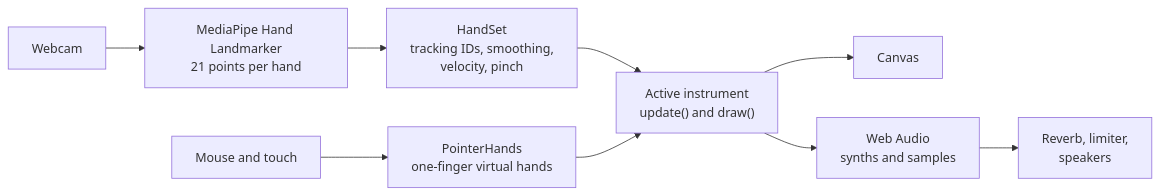
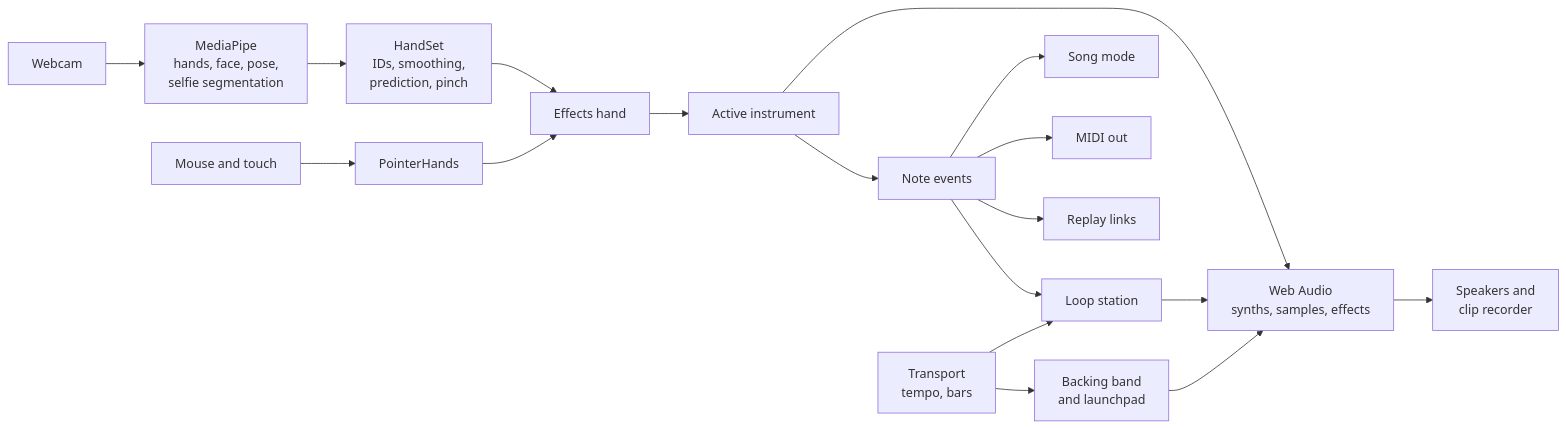
One commit to khjabir/virtual-music changed the diagram in README.md. Above: the diagram before and after it, drawn with Mermaid. The commit also changed other lines of this file and 57 other files, not shown here.

First line of the commit message:
:sparkles: band, song mode, clip sharing, violin, launchpad and more

````diff
--- a/README.md
+++ b/README.md
@@ -164,11 +248,20 @@
 ```mermaid
 flowchart LR
-    cam["Webcam"] --> mp["MediaPipe Hand Landmarker<br/>21 points per hand"]
-    mp --> hs["HandSet<br/>tracking IDs, smoothing,<br/>velocity, pinch"]
-    ptr["Mouse and touch"] --> ph["PointerHands<br/>one-finger virtual hands"]
-    hs --> inst["Active instrument<br/>update() and draw()"]
-    ph --> inst
-    inst --> canvas["Canvas"]
-    inst --> audio["Web Audio<br/>synths and samples"]
-    audio --> out["Reverb, limiter,<br/>speakers"]
+    cam["Webcam"] --> mp["MediaPipe<br/>hands, face, pose,<br/>selfie segmentation"]
+    mp --> hs["HandSet<br/>IDs, smoothing,<br/>prediction, pinch"]
+    ptr["Mouse and touch"] --> ph["PointerHands"]
+    hs --> fx["Effects hand"]
+    ph --> fx
+    fx --> inst["Active instrument"]
+    inst --> bus["Note events"]
+    bus --> loop["Loop station"]
+    bus --> game["Song mode"]
+    bus --> midi["MIDI out"]
+    bus --> rep["Replay links"]
+    clock["Transport<br/>tempo, bars"] --> loop
+    clock --> band["Backing band<br/>and launchpad"]
+    inst --> audio["Web Audio<br/>synths, samples, effects"]
+    loop --> audio
+    band --> audio
+    audio --> out["Speakers and<br/>clip recorder"]
 ```
````
